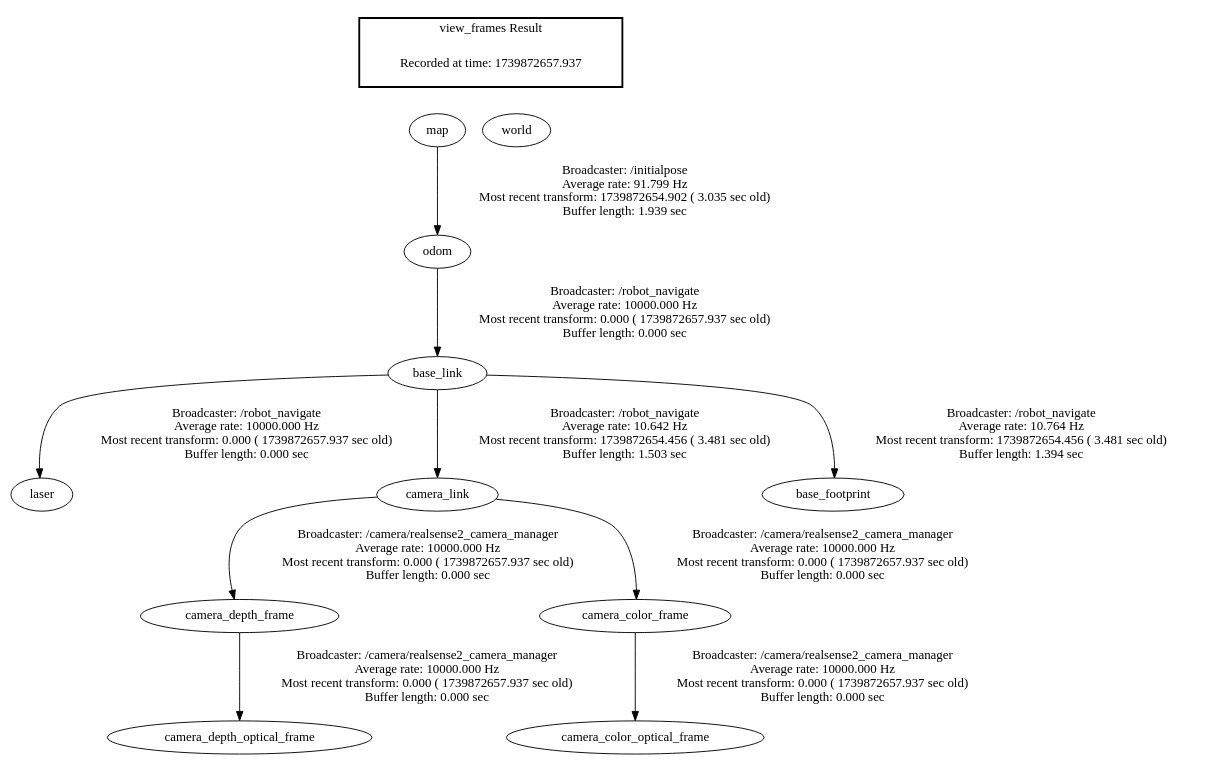
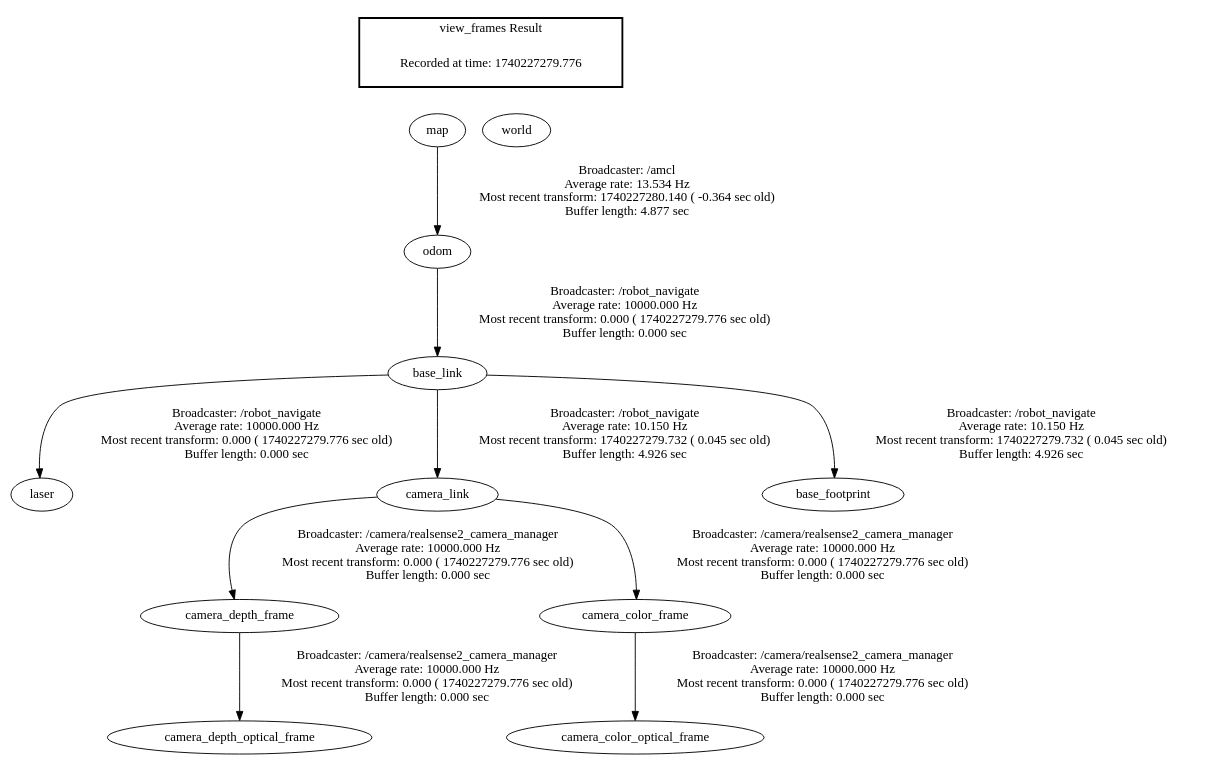
One commit to phmhp/SeniorProject2024 changed the diagram in frames.gv. Above: the diagram before and after it, drawn with Graphviz. The commit also changed 20 other files, not shown here.

```diff
--- a/frames.gv
+++ b/frames.gv
@@ -1,19 +1,19 @@
 digraph G {
-"odom" -> "base_link"[label="Broadcaster: /robot_navigate\nAverage rate: 10000.000 Hz\nMost recent transform: 0.000 ( 1739872657.937 sec old)\nBuffer length: 0.000 sec\n"];
-"base_link" -> "laser"[label="Broadcaster: /robot_navigate\nAverage rate: 10000.000 Hz\nMost recent transform: 0.000 ( 1739872657.937 sec old)\nBuffer length: 0.000 sec\n"];
-"map" -> "odom"[label="Broadcaster: /initialpose\nAverage rate: 91.799 Hz\nMost recent transform: 1739872654.902 ( 3.035 sec old)\nBuffer length: 1.939 sec\n"];
-"camera_link" -> "camera_depth_frame"[label="Broadcaster: /camera/realsense2_camera_manager\nAverage rate: 10000.000 Hz\nMost recent transform: 0.000 ( 1739872657.937 sec old)\nBuffer length: 0.000 sec\n"];
-"base_link" -> "camera_link"[label="Broadcaster: /robot_navigate\nAverage rate: 10.642 Hz\nMost recent transform: 1739872654.456 ( 3.481 sec old)\nBuffer length: 1.503 sec\n"];
-"camera_depth_frame" -> "camera_depth_optical_frame"[label="Broadcaster: /camera/realsense2_camera_manager\nAverage rate: 10000.000 Hz\nMost recent transform: 0.000 ( 1739872657.937 sec old)\nBuffer length: 0.000 sec\n"];
-"camera_link" -> "camera_color_frame"[label="Broadcaster: /camera/realsense2_camera_manager\nAverage rate: 10000.000 Hz\nMost recent transform: 0.000 ( 1739872657.937 sec old)\nBuffer length: 0.000 sec\n"];
-"camera_color_frame" -> "camera_color_optical_frame"[label="Broadcaster: /camera/realsense2_camera_manager\nAverage rate: 10000.000 Hz\nMost recent transform: 0.000 ( 1739872657.937 sec old)\nBuffer length: 0.000 sec\n"];
-"base_link" -> "base_footprint"[label="Broadcaster: /robot_navigate\nAverage rate: 10.764 Hz\nMost recent transform: 1739872654.456 ( 3.481 sec old)\nBuffer length: 1.394 sec\n"];
+"odom" -> "base_link"[label="Broadcaster: /robot_navigate\nAverage rate: 10000.000 Hz\nMost recent transform: 0.000 ( 1740227279.776 sec old)\nBuffer length: 0.000 sec\n"];
+"base_link" -> "laser"[label="Broadcaster: /robot_navigate\nAverage rate: 10000.000 Hz\nMost recent transform: 0.000 ( 1740227279.776 sec old)\nBuffer length: 0.000 sec\n"];
+"camera_link" -> "camera_depth_frame"[label="Broadcaster: /camera/realsense2_camera_manager\nAverage rate: 10000.000 Hz\nMost recent transform: 0.000 ( 1740227279.776 sec old)\nBuffer length: 0.000 sec\n"];
+"base_link" -> "camera_link"[label="Broadcaster: /robot_navigate\nAverage rate: 10.150 Hz\nMost recent transform: 1740227279.732 ( 0.045 sec old)\nBuffer length: 4.926 sec\n"];
+"camera_depth_frame" -> "camera_depth_optical_frame"[label="Broadcaster: /camera/realsense2_camera_manager\nAverage rate: 10000.000 Hz\nMost recent transform: 0.000 ( 1740227279.776 sec old)\nBuffer length: 0.000 sec\n"];
+"camera_link" -> "camera_color_frame"[label="Broadcaster: /camera/realsense2_camera_manager\nAverage rate: 10000.000 Hz\nMost recent transform: 0.000 ( 1740227279.776 sec old)\nBuffer length: 0.000 sec\n"];
+"camera_color_frame" -> "camera_color_optical_frame"[label="Broadcaster: /camera/realsense2_camera_manager\nAverage rate: 10000.000 Hz\nMost recent transform: 0.000 ( 1740227279.776 sec old)\nBuffer length: 0.000 sec\n"];
+"map" -> "odom"[label="Broadcaster: /amcl\nAverage rate: 13.534 Hz\nMost recent transform: 1740227280.140 ( -0.364 sec old)\nBuffer length: 4.877 sec\n"];
+"base_link" -> "base_footprint"[label="Broadcaster: /robot_navigate\nAverage rate: 10.150 Hz\nMost recent transform: 1740227279.732 ( 0.045 sec old)\nBuffer length: 4.926 sec\n"];
 edge [style=invis];
  subgraph cluster_legend { style=bold; color=black; label ="view_frames Result";
-"Recorded at time: 1739872657.937"[ shape=plaintext ] ;
+"Recorded at time: 1740227279.776"[ shape=plaintext ] ;
  }->"world";
 edge [style=invis];
  subgraph cluster_legend { style=bold; color=black; label ="view_frames Result";
-"Recorded at time: 1739872657.937"[ shape=plaintext ] ;
+"Recorded at time: 1740227279.776"[ shape=plaintext ] ;
  }->"map";
 }
```
